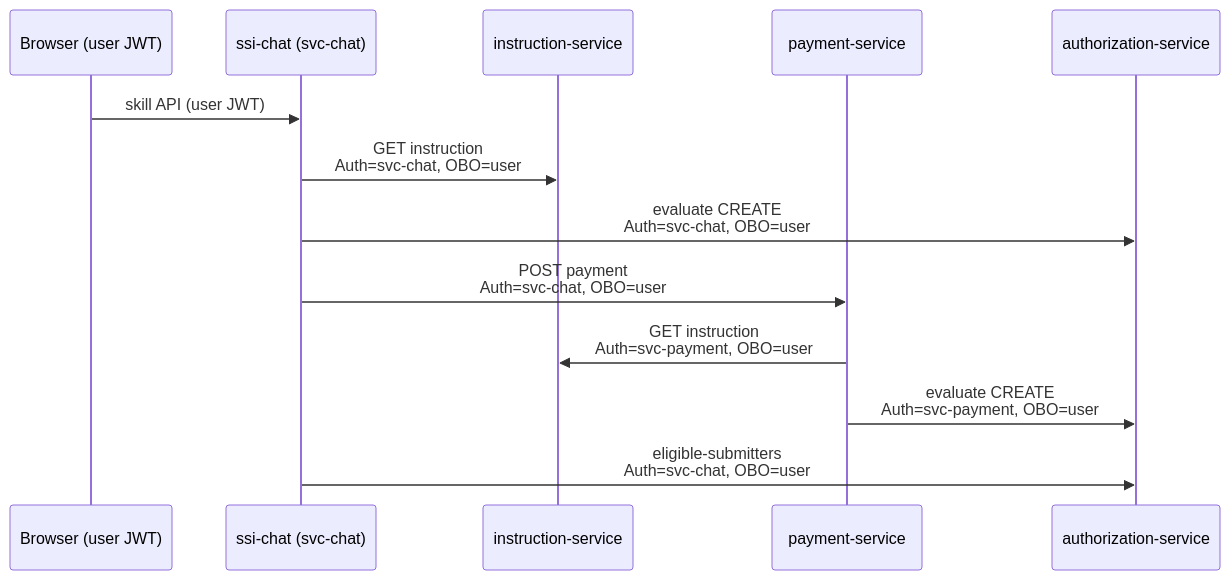
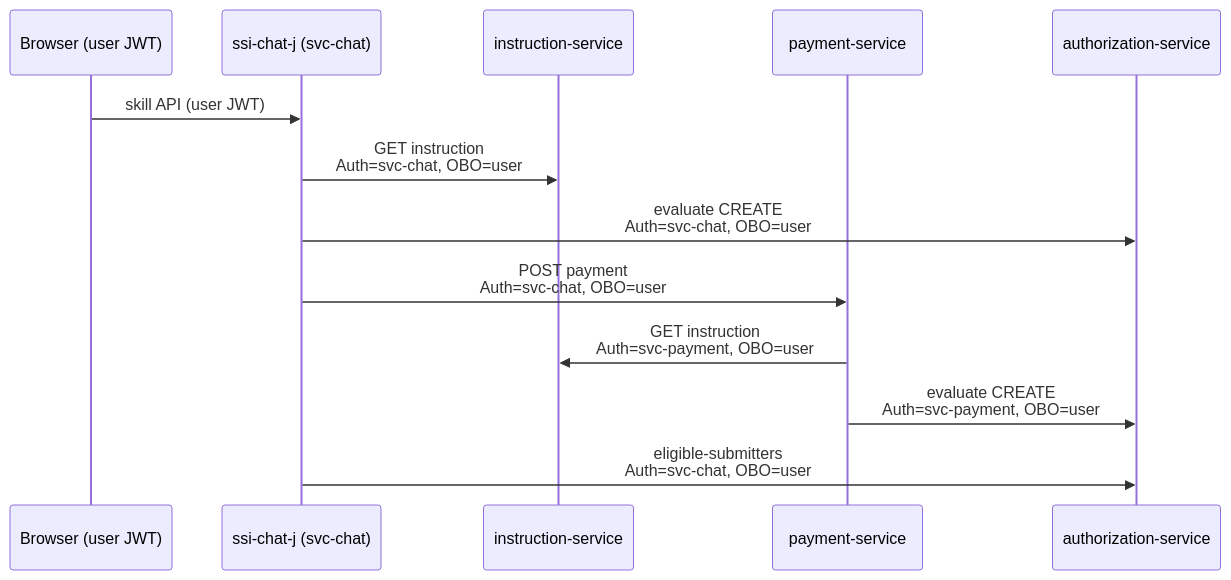
Before and after one commit to sanjuthomas/policy-pilot: the first of 2 diagrams in docs/obo-call-paths.md, drawn with Mermaid. The commit also changed other lines of this file and 27 other files, not shown here.

````diff
--- a/docs/obo-call-paths.md
+++ b/docs/obo-call-paths.md
@@ -62,16 +62,16 @@
 ```mermaid
 sequenceDiagram
   participant U as Browser (user JWT)
-  participant C as ssi-chat (svc-chat)
+  participant C as ssi-chat-j (svc-chat)
   participant I as instruction-service
   participant P as payment-service
   participant A as authorization-service
 
   U->>C: skill API (user JWT)
   C->>I: GET instruction<br/>Auth=svc-chat, OBO=user
   C->>A: evaluate CREATE<br/>Auth=svc-chat, OBO=user
   C->>P: POST payment<br/>Auth=svc-chat, OBO=user
   P->>I: GET instruction<br/>Auth=svc-payment, OBO=user
   P->>A: evaluate CREATE<br/>Auth=svc-payment, OBO=user
   C->>A: eligible-submitters<br/>Auth=svc-chat, OBO=user
 ```
````
